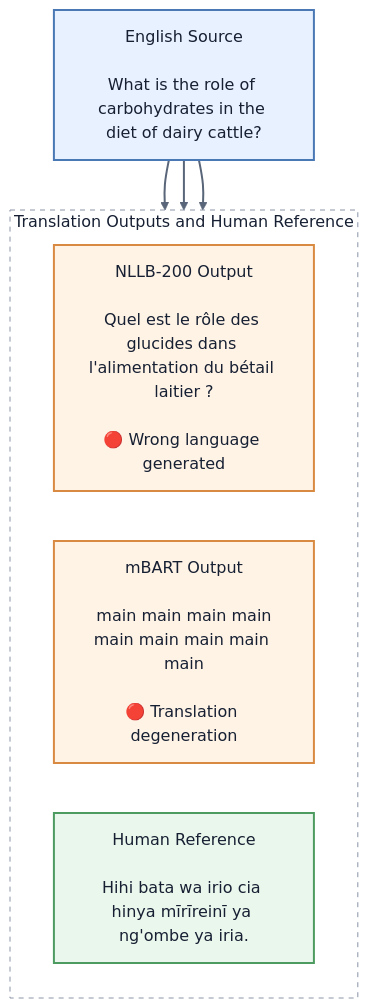
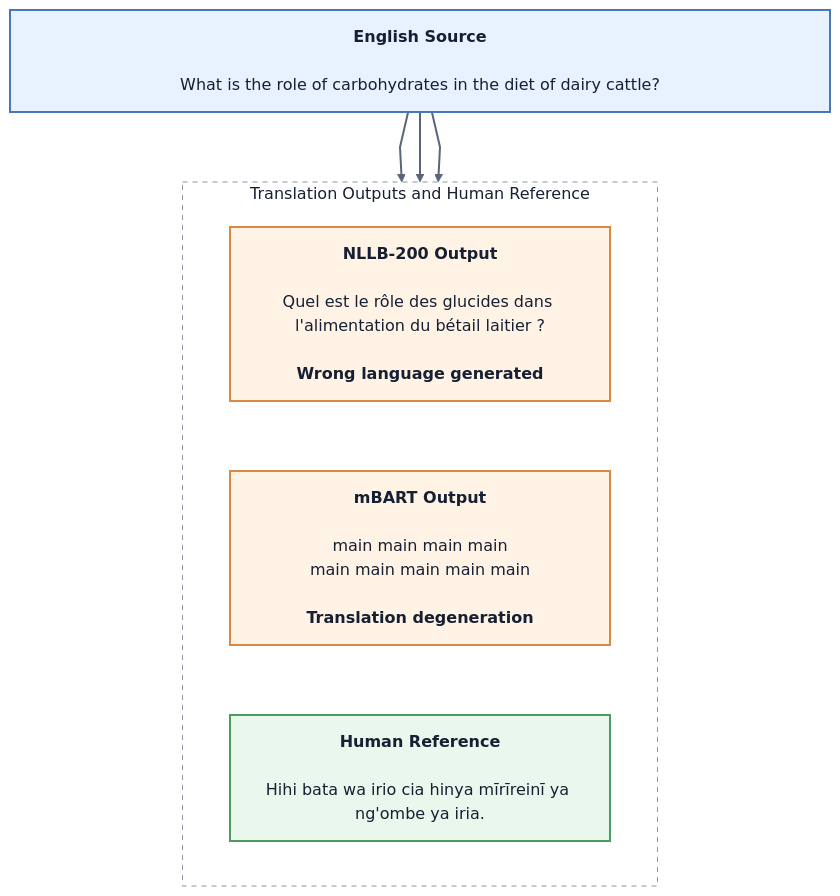
One commit to dabinotek/GradioDemo changed the diagram in intuition_1.md. Above: the diagram before and after it, drawn with Mermaid.

Commit message:
Increase Mermaid box widths in intuition_1.md

````diff
--- a/intuition_1.md
+++ b/intuition_1.md
@@ -5,25 +5,26 @@
 ```mermaid
+%%{init: {"theme":"base","flowchart":{"htmlLabels":true,"curve":"linear","nodeSpacing":70,"rankSpacing":70},"themeVariables":{"fontSize":"16px","primaryTextColor":"#172033","lineColor":"#596579"}}}%%
 flowchart TB
-    SOURCE["English Source<br/><br/>What is the role of carbohydrates in the diet of dairy cattle?"]
+    SOURCE["<div style='width:760px;text-align:center'><b>English Source</b><br/><br/>What is the role of carbohydrates in the diet of dairy cattle?</div>"]
 
     subgraph COMPARISON["Translation Outputs and Human Reference"]
         direction LR
-        NLLB["NLLB-200 Output<br/><br/>Quel est le rôle des glucides dans l'alimentation du bétail laitier ?<br/><br/>🔴 Wrong language generated"]
-        MBART["mBART Output<br/><br/>main main main main<br/>main main main main main<br/><br/>🔴 Translation degeneration"]
-        HUMAN["Human Reference<br/><br/>Hihi bata wa irio cia hinya mīrīreinī ya ng'ombe ya iria."]
+        NLLB["<div style='width:320px;text-align:center'><b>NLLB-200 Output</b><br/><br/>Quel est le rôle des glucides dans l'alimentation du bétail laitier ?<br/><br/><span style='color:#b91c1c'><b>Wrong language generated</b></span></div>"]
+        MBART["<div style='width:320px;text-align:center'><b>mBART Output</b><br/><br/>main main main main<br/>main main main main main<br/><br/><span style='color:#b91c1c'><b>Translation degeneration</b></span></div>"]
+        HUMAN["<div style='width:320px;text-align:center'><b>Human Reference</b><br/><br/>Hihi bata wa irio cia hinya mīrīreinī ya ng'ombe ya iria.</div>"]
     end
 
     SOURCE --> NLLB
     SOURCE --> MBART
     SOURCE --> HUMAN
 
     classDef source fill:#e8f1ff,stroke:#4a78b5,color:#172033,stroke-width:2px;
     classDef model fill:#fff3e6,stroke:#d98a42,color:#172033,stroke-width:2px;
     classDef reference fill:#eaf7ed,stroke:#4d9b61,color:#172033,stroke-width:2px;
 
     class SOURCE source;
     class NLLB,MBART model;
     class HUMAN reference;
     style COMPARISON fill:transparent,stroke:#8a94a6,color:#172033,stroke-dasharray:5 5
     linkStyle default stroke:#596579,stroke-width:2px
 ```
````
